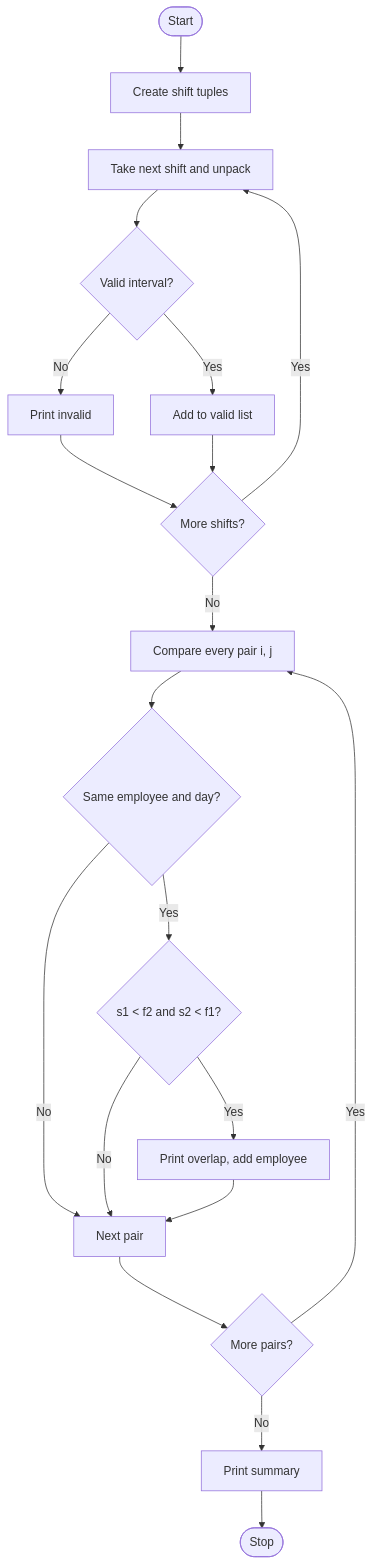
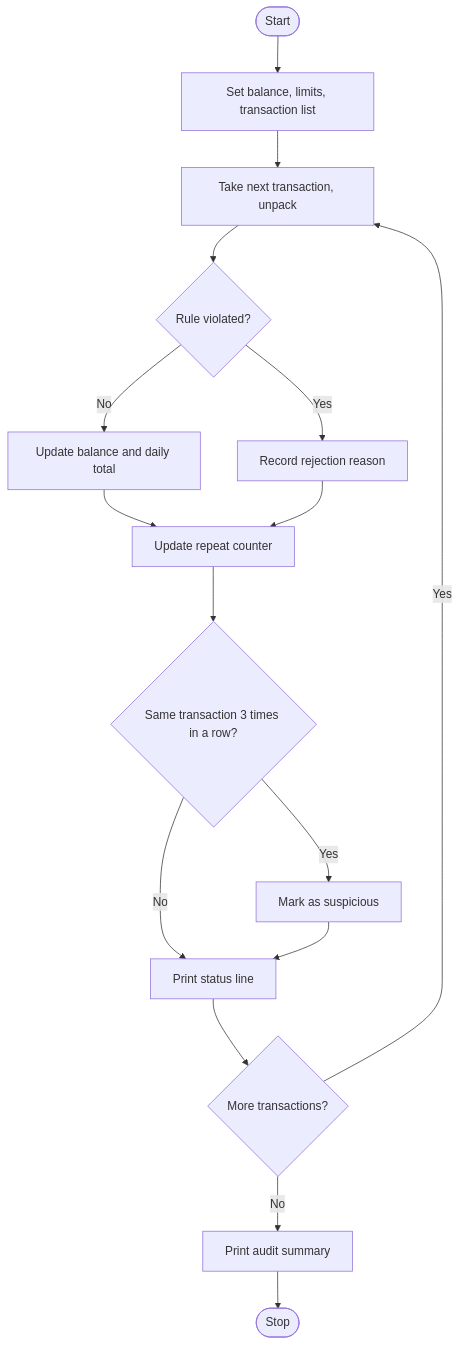
Before and after one commit to shoukatsk28-gif/python-Activity-Based-Learning: the diagram in README.md, drawn with Mermaid. The commit also changed other lines of this file and 2 other files, not shown here.

````diff
--- a/README.md
+++ b/README.md
@@ -53,22 +57,18 @@
 ```mermaid
 flowchart TD
-    A([Start]) --> B[Create shift tuples]
-    B --> C[Take next shift and unpack]
-    C --> D{Valid interval?}
-    D -- No --> E[Print invalid]
-    D -- Yes --> F[Add to valid list]
-    E --> G{More shifts?}
+    A([Start]) --> B[Set balance, limits, transaction list]
+    B --> C[Take next transaction, unpack]
+    C --> D{Rule violated?}
+    D -- No --> E[Update balance and daily total]
+    D -- Yes --> F[Record rejection reason]
+    E --> G[Update repeat counter]
     F --> G
-    G -- Yes --> C
-    G -- No --> H[Compare every pair i, j]
-    H --> I{Same employee and day?}
-    I -- No --> N[Next pair]
-    I -- Yes --> J{s1 < f2 and s2 < f1?}
-    J -- No --> N
-    J -- Yes --> K[Print overlap, add employee]
-    K --> N
-    N --> O{More pairs?}
-    O -- Yes --> H
-    O -- No --> P[Print summary]
-    P --> Q([Stop])
+    G --> H{Same transaction 3 times in a row?}
+    H -- Yes --> I[Mark as suspicious]
+    H -- No --> J[Print status line]
+    I --> J
+    J --> K{More transactions?}
+    K -- Yes --> C
+    K -- No --> L[Print audit summary]
+    L --> M([Stop])
 ```
````
